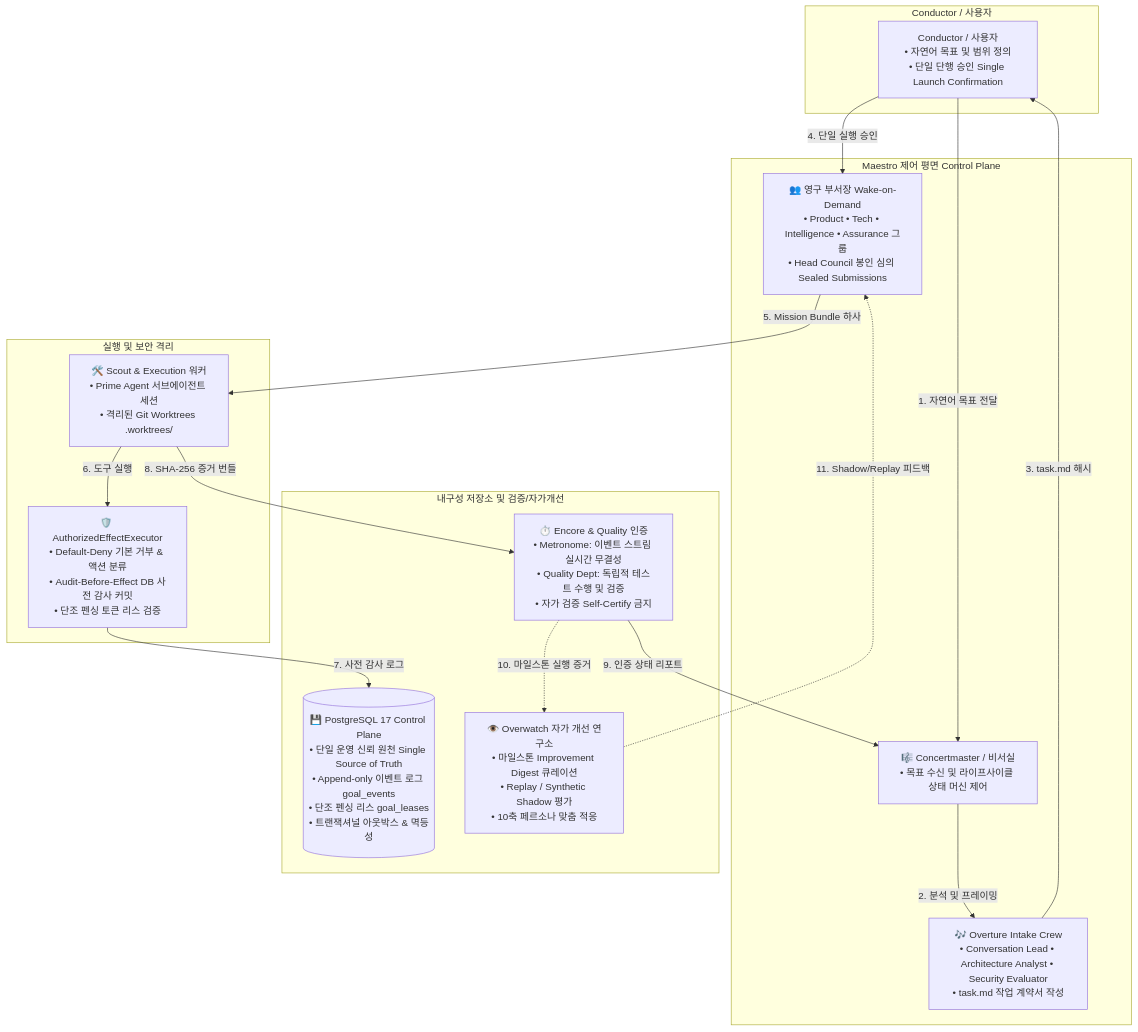
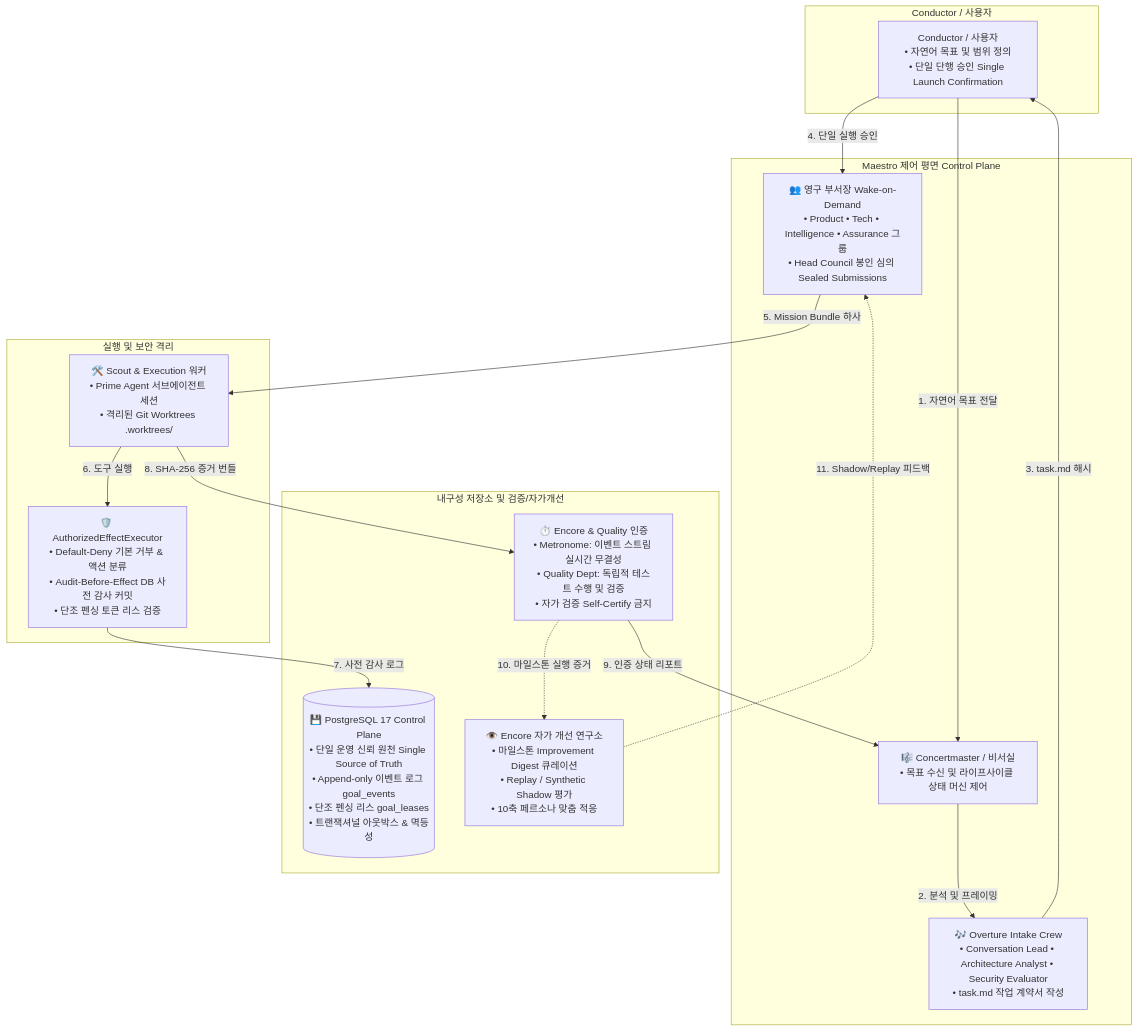
One commit to noth3dev/maestro changed the diagram in docs/ko/01-system-overview.md. Above: the diagram before and after it, drawn with Mermaid. The commit also changed other lines of this file and 6 other files, not shown here.

Commit message:
docs: align self-improvement component terminology to Encore (Encore Learning & Improvement Lab)

````diff
--- a/docs/ko/01-system-overview.md
+++ b/docs/ko/01-system-overview.md
@@ -7,35 +7,35 @@
 ```mermaid
 flowchart TD
     subgraph UserLayer [Conductor / 사용자]
         CONDUCTOR[Conductor / 사용자<br/>• 자연어 목표 및 범위 정의<br/>• 단일 단행 승인 Single Launch Confirmation]
     end
 
     subgraph ControlPlaneLayer [Maestro 제어 평면 Control Plane]
         CONCERTMASTER[🎼 Concertmaster / 비서실<br/>• 목표 수신 및 라이프사이클 상태 머신 제어]
         OVERTURE[🎶 Overture Intake Crew<br/>• Conversation Lead • Architecture Analyst • Security Evaluator<br/>• task.md 작업 계약서 작성]
         DEPARTMENTS[👥 영구 부서장 Wake-on-Demand<br/>• Product • Tech • Intelligence • Assurance 그룹<br/>• Head Council 봉인 심의 Sealed Submissions]
     end
 
     subgraph ExecutionSecurityLayer [실행 및 보안 격리]
         WORKERS[🛠️ Scout & Execution 워커<br/>• Prime Agent 서브에이전트 세션<br/>• 격리된 Git Worktrees .worktrees/ ]
         EXECUTOR[🛡️ AuthorizedEffectExecutor<br/>• Default-Deny 기본 거부 & 액션 분류<br/>• Audit-Before-Effect DB 사전 감사 커밋<br/>• 단조 펜싱 토큰 리스 검증]
     end
 
     subgraph PersistenceOversightLayer [내구성 저장소 및 검증/자가개선]
         ENCORE[⏱️ Encore & Quality 인증<br/>• Metronome: 이벤트 스트림 실시간 무결성<br/>• Quality Dept: 독립적 테스트 수행 및 검증<br/>• 자가 검증 Self-Certify 금지]
         POSTGRES[(💾 PostgreSQL 17 Control Plane<br/>• 단일 운영 신뢰 원천 Single Source of Truth<br/>• Append-only 이벤트 로그 goal_events<br/>• 단조 펜싱 리스 goal_leases<br/>• 트랜잭셔널 아웃박스 & 멱등성)]
-        OVERWATCH[👁️ Overwatch 자가 개선 연구소<br/>• 마일스톤 Improvement Digest 큐레이션<br/>• Replay / Synthetic Shadow 평가<br/>• 10축 페르소나 맞춤 적응]
+        ENCORE_LAB[👁️ Encore 자가 개선 연구소<br/>• 마일스톤 Improvement Digest 큐레이션<br/>• Replay / Synthetic Shadow 평가<br/>• 10축 페르소나 맞춤 적응]
     end
 
     CONDUCTOR -->|1. 자연어 목표 전달| CONCERTMASTER
     CONCERTMASTER -->|2. 분석 및 프레이밍| OVERTURE
     OVERTURE -->|3. task.md 해시| CONDUCTOR
     CONDUCTOR -->|4. 단일 실행 승인| DEPARTMENTS
     DEPARTMENTS -->|5. Mission Bundle 하사| WORKERS
     WORKERS -->|6. 도구 실행| EXECUTOR
     EXECUTOR -->|7. 사전 감사 로그| POSTGRES
     WORKERS -->|8. SHA-256 증거 번들| ENCORE
     ENCORE -->|9. 인증 상태 리포트| CONCERTMASTER
-    ENCORE -.->|10. 마일스톤 실행 증거| OVERWATCH
-    OVERWATCH -.->|11. Shadow/Replay 피드백| DEPARTMENTS
+    ENCORE -.->|10. 마일스톤 실행 증거| ENCORE_LAB
+    ENCORE_LAB -.->|11. Shadow/Replay 피드백| DEPARTMENTS
 ```
````
